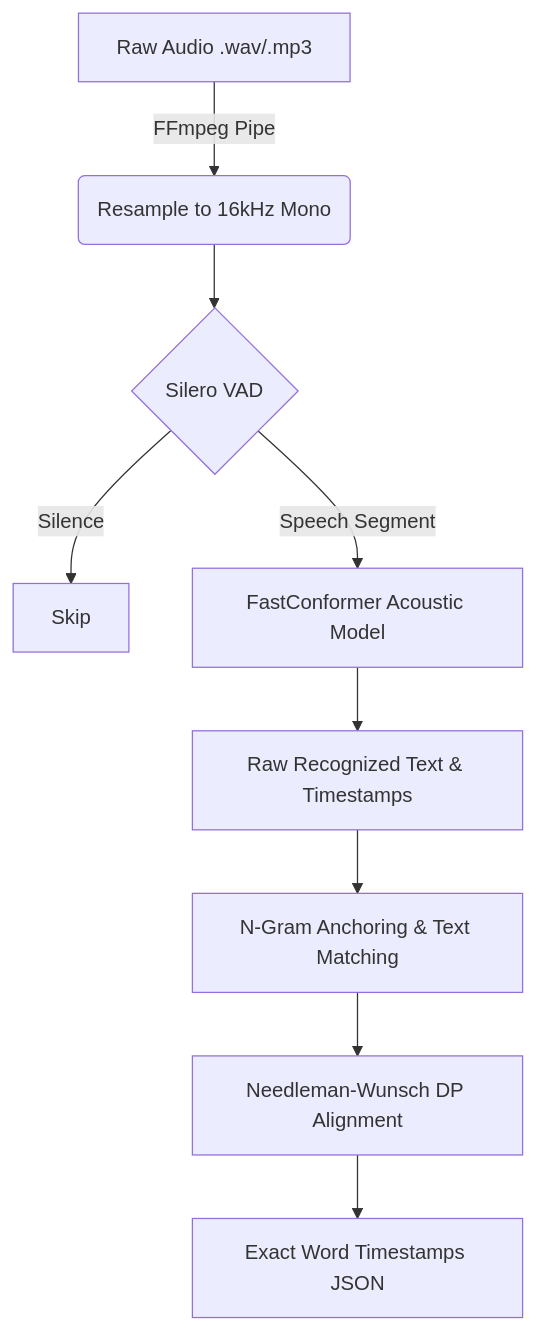
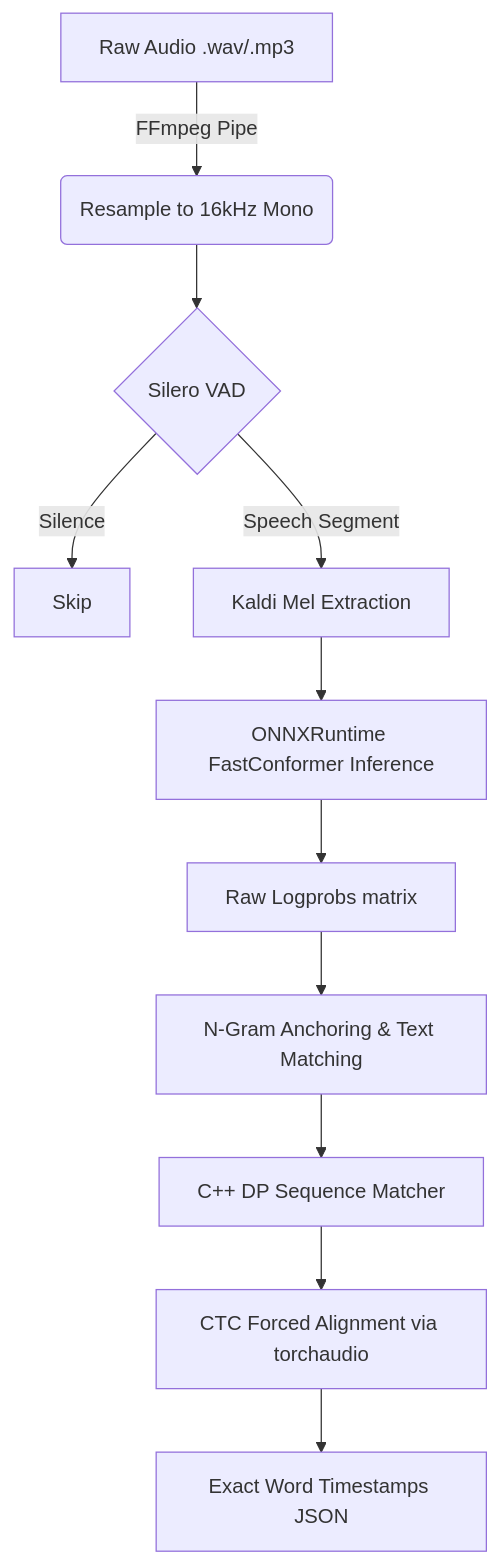
The diagram in README.md (Iam-Muslim/QuranReciteToText), drawn with Mermaid before and after one commit. The commit also changed other lines of this file and 16 other files, not shown here.

````diff
--- a/README.md
+++ b/README.md
@@ -30,11 +30,13 @@
 ```mermaid
 graph TD
     A[Raw Audio .wav/.mp3] -->|FFmpeg Pipe| B(Resample to 16kHz Mono)
     B --> C{Silero VAD}
     C -->|Silence| D[Skip]
-    C -->|Speech Segment| E[FastConformer Acoustic Model]
-    E --> F[Raw Recognized Text & Timestamps]
-    F --> G[N-Gram Anchoring & Text Matching]
-    G --> H[Needleman-Wunsch DP Alignment]
-    H --> I[Exact Word Timestamps JSON]
+    C -->|Speech Segment| E[Kaldi Mel Extraction]
+    E --> F[ONNXRuntime FastConformer Inference]
+    F --> G[Raw Logprobs matrix]
+    G --> H[N-Gram Anchoring & Text Matching]
+    H --> I[C++ DP Sequence Matcher]
+    I --> J[CTC Forced Alignment via torchaudio]
+    J --> K[Exact Word Timestamps JSON]
 ```
````
